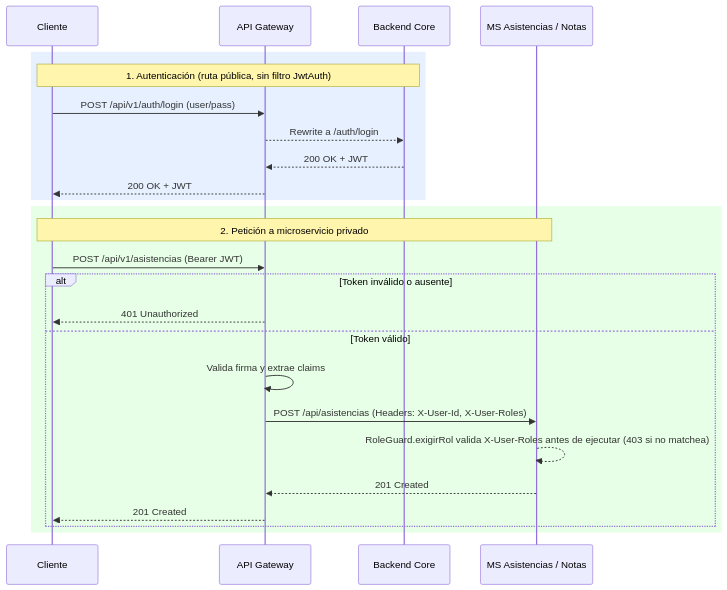
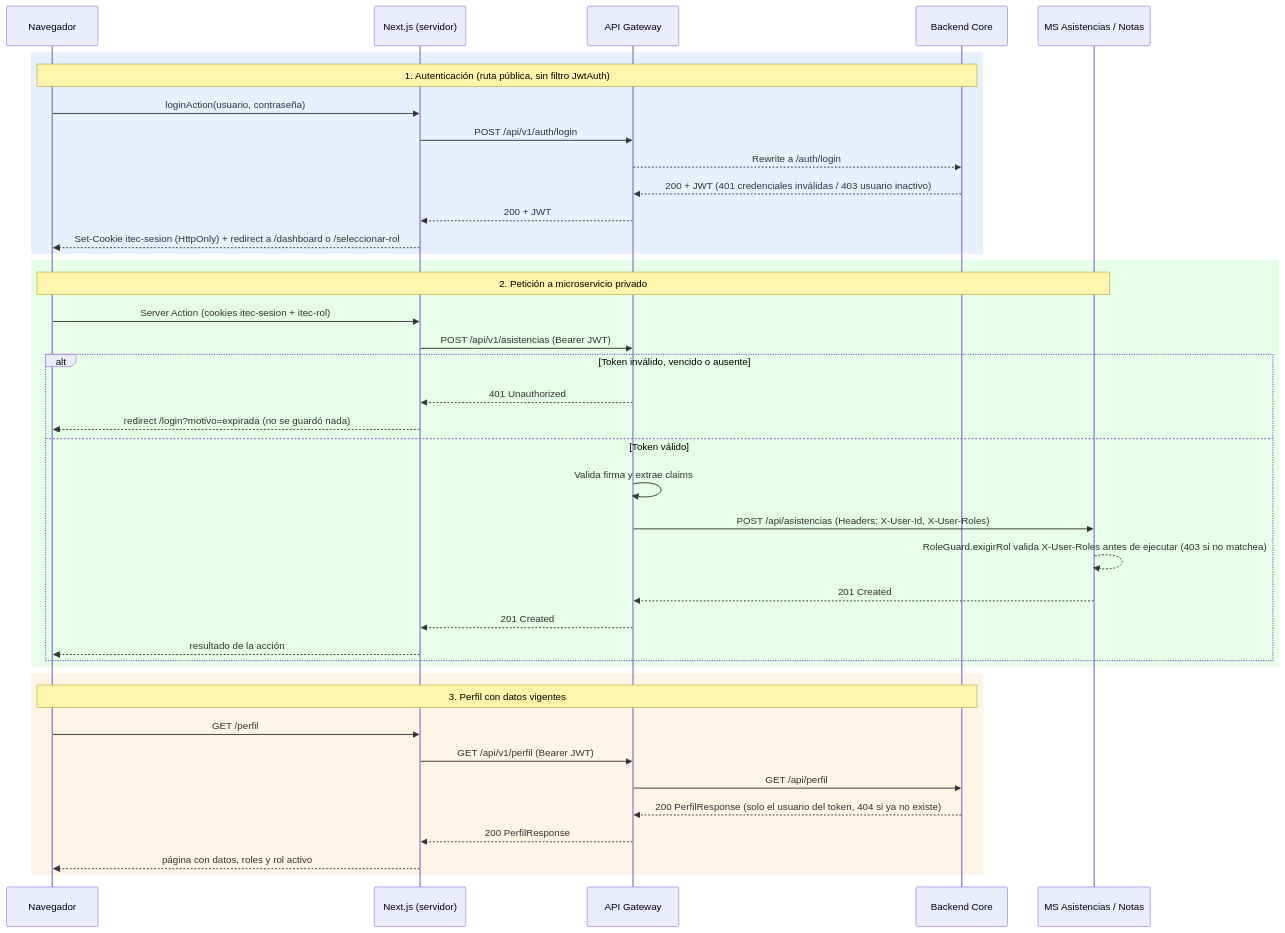
The second of 2 diagrams in docs/04.20-Diagrama_Arquitectura.md (JuancaSterba/web-2026-itec), drawn with Mermaid before and after one commit. The commit also changed other lines of this file and 2 other files, not shown here.

Commit message:
docs: T28 diagramas con login por Server Action, cookie httpOnly y GET /api/v1/perfil

````diff
--- a/docs/04.20-Diagrama_Arquitectura.md
+++ b/docs/04.20-Diagrama_Arquitectura.md
@@ -57,30 +59,46 @@
 ```mermaid
 sequenceDiagram
-    participant Cliente
+    participant Navegador
+    participant Next as Next.js (servidor)
     participant Gateway as API Gateway
     participant Core as Backend Core
     participant MS as MS Asistencias / Notas
 
     rect rgb(230, 240, 255)
-    Note over Cliente,Core: 1. Autenticación (ruta pública, sin filtro JwtAuth)
-    Cliente->>Gateway: POST /api/v1/auth/login (user/pass)
+    Note over Navegador,Core: 1. Autenticación (ruta pública, sin filtro JwtAuth)
+    Navegador->>Next: loginAction(usuario, contraseña)
+    Next->>Gateway: POST /api/v1/auth/login
     Gateway-->>Core: Rewrite a /auth/login
-    Core-->>Gateway: 200 OK + JWT
-    Gateway-->>Cliente: 200 OK + JWT
+    Core-->>Gateway: 200 + JWT (401 credenciales inválidas / 403 usuario inactivo)
+    Gateway-->>Next: 200 + JWT
+    Next-->>Navegador: Set-Cookie itec-sesion (HttpOnly) + redirect a /dashboard o /seleccionar-rol
     end
 
     rect rgb(230, 255, 230)
-    Note over Cliente,MS: 2. Petición a microservicio privado
-    Cliente->>Gateway: POST /api/v1/asistencias (Bearer JWT)
+    Note over Navegador,MS: 2. Petición a microservicio privado
+    Navegador->>Next: Server Action (cookies itec-sesion + itec-rol)
+    Next->>Gateway: POST /api/v1/asistencias (Bearer JWT)
 
-    alt Token inválido o ausente
-        Gateway-->>Cliente: 401 Unauthorized
+    alt Token inválido, vencido o ausente
+        Gateway-->>Next: 401 Unauthorized
+        Next-->>Navegador: redirect /login?motivo=expirada (no se guardó nada)
     else Token válido
         Gateway->>Gateway: Valida firma y extrae claims
         Gateway->>MS: POST /api/asistencias (Headers: X-User-Id, X-User-Roles)
         MS-->>MS: RoleGuard.exigirRol valida X-User-Roles antes de ejecutar (403 si no matchea)
         MS-->>Gateway: 201 Created
-        Gateway-->>Cliente: 201 Created
+        Gateway-->>Next: 201 Created
+        Next-->>Navegador: resultado de la acción
     end
     end
+
+    rect rgb(255, 245, 230)
+    Note over Navegador,Core: 3. Perfil con datos vigentes
+    Navegador->>Next: GET /perfil
+    Next->>Gateway: GET /api/v1/perfil (Bearer JWT)
+    Gateway->>Core: GET /api/perfil
+    Core-->>Gateway: 200 PerfilResponse (solo el usuario del token, 404 si ya no existe)
+    Gateway-->>Next: 200 PerfilResponse
+    Next-->>Navegador: página con datos, roles y rol activo
+    end
 ```
````
